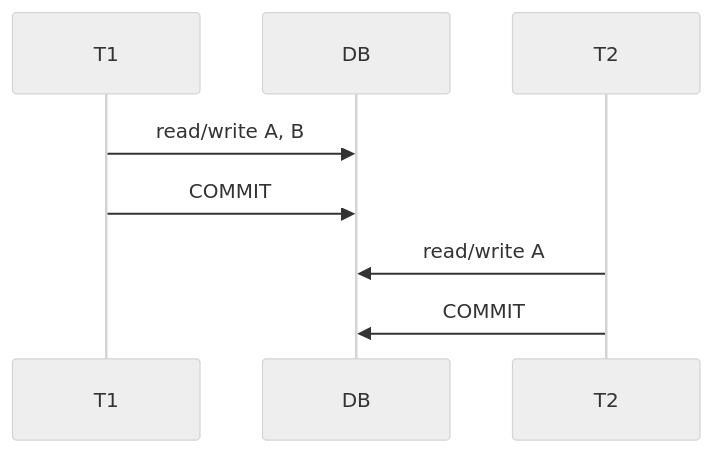
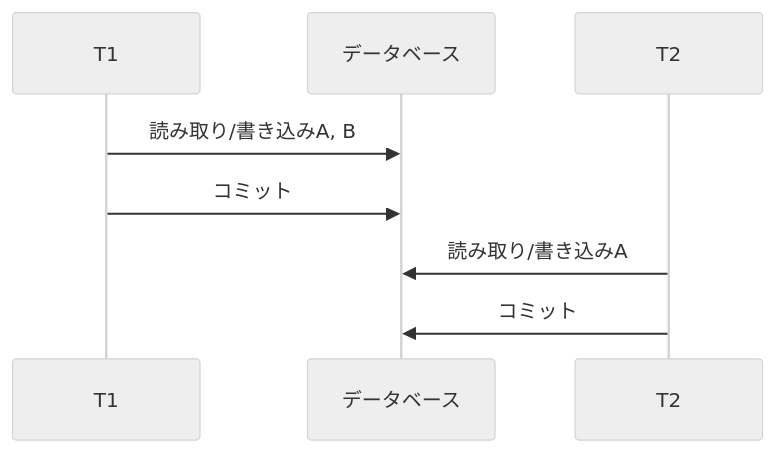
Before and after one commit to hirunebot/database-systems-book: the first of 4 diagrams in src/content/docs/04-transactions/10-acid-isolation.md, drawn with Mermaid (neutral theme). The commit also changed other lines of this file and 42 other files, not shown here.

````diff
--- a/src/content/docs/04-transactions/10-acid-isolation.md
+++ b/src/content/docs/04-transactions/10-acid-isolation.md
@@ -113,10 +113,10 @@
 ```mermaid
 sequenceDiagram
     participant T1
-    participant DB
+    participant DB as データベース
     participant T2
-    T1->>DB: read/write A, B
-    T1->>DB: COMMIT
-    T2->>DB: read/write A
-    T2->>DB: COMMIT
+    T1->>DB: 読み取り/書き込みA, B
+    T1->>DB: コミット
+    T2->>DB: 読み取り/書き込みA
+    T2->>DB: コミット
 ```
````
